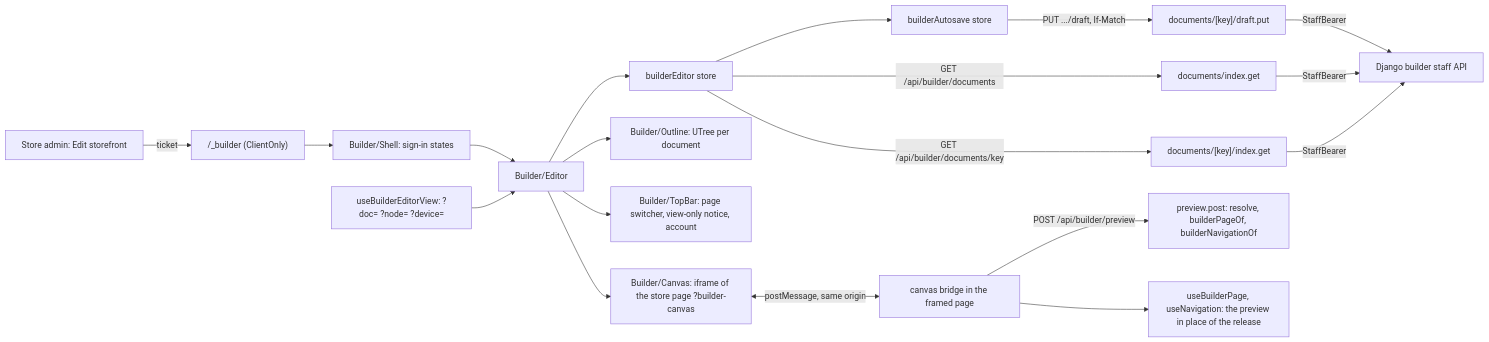
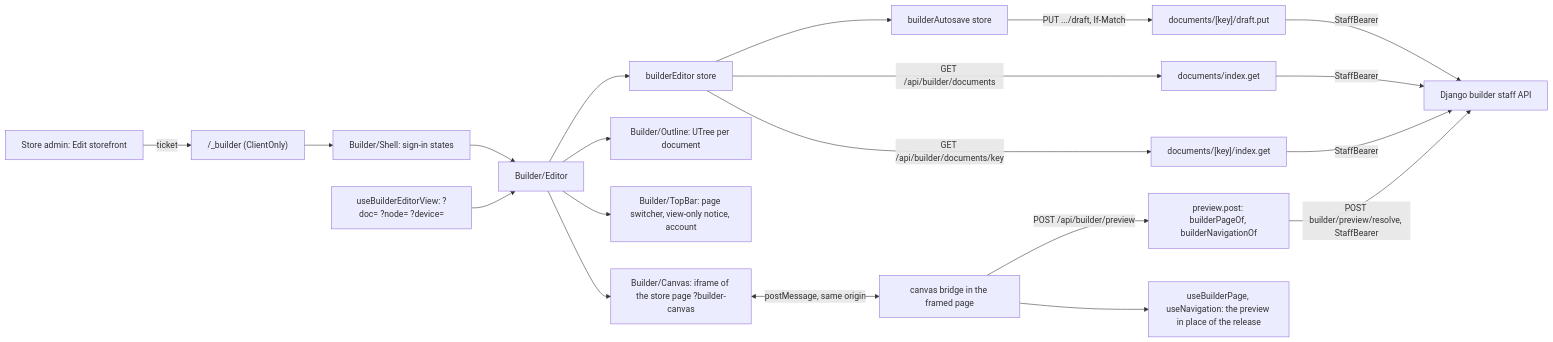
The diagram in src/dev/flows/page-builder-editor.md (vasilistotskas/grooveshop-docs), drawn with Mermaid before and after one commit. The commit also changed other lines of this file, not shown here.

Commit message:
docs(dev): the preview's working copies are resolved by Django

````diff
--- a/src/dev/flows/page-builder-editor.md
+++ b/src/dev/flows/page-builder-editor.md
@@ -24,21 +24,22 @@
 ```mermaid
 flowchart LR
   Admin["Store admin: Edit storefront"] -->|"ticket"| Page["/_builder (ClientOnly)"]
   Page --> Shell["Builder/Shell: sign-in states"]
   Shell --> Editor["Builder/Editor"]
   Editor --> Store["builderEditor store"]
   Store -->|"GET /api/builder/documents"| List["documents/index.get"]
   Store -->|"GET /api/builder/documents/key"| Detail["documents/[key]/index.get"]
   Autosave["builderAutosave store"] -->|"PUT .../draft, If-Match"| Draft["documents/[key]/draft.put"]
   Draft -->|"StaffBearer"| Django
   Store --> Autosave
   List -->|"StaffBearer"| Django["Django builder staff API"]
   Detail -->|"StaffBearer"| Django
   Editor --> Outline["Builder/Outline: UTree per document"]
   Editor --> TopBar["Builder/TopBar: page switcher, view-only notice, account"]
   View["useBuilderEditorView: ?doc= ?node= ?device="] --> Editor
   Editor --> Canvas["Builder/Canvas: iframe of the store page ?builder-canvas"]
   Canvas <-->|"postMessage, same origin"| Bridge["canvas bridge in the framed page"]
-  Bridge -->|"POST /api/builder/preview"| Preview["preview.post: resolve, builderPageOf, builderNavigationOf"]
+  Bridge -->|"POST /api/builder/preview"| Preview["preview.post: builderPageOf, builderNavigationOf"]
+  Preview -->|"POST builder/preview/resolve, StaffBearer"| Django
   Bridge --> Seams["useBuilderPage, useNavigation: the preview in place of the release"]
 ```
````
